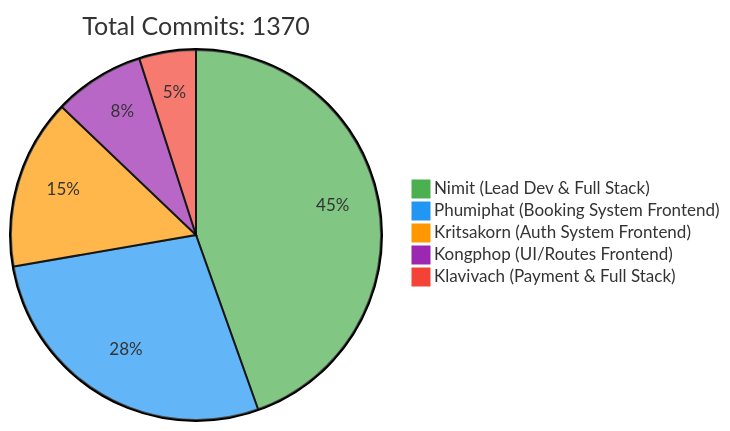
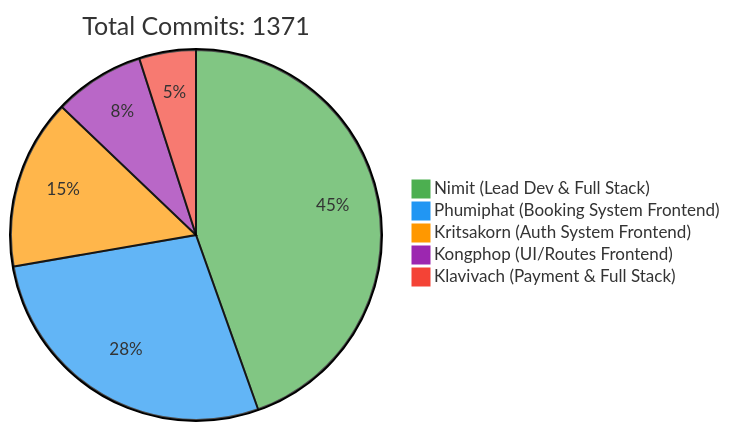
Before and after one commit to 6531503042/Sport-Complex: the first of 2 diagrams in README.md, drawn with Mermaid. The commit also changed other lines of this file, not shown here.

Commit message:
docs: Update contributor statistics [skip ci]

````diff
--- a/README.md
+++ b/README.md
@@ -257,10 +257,10 @@
 ```mermaid
 %%{init: {'theme': 'base', 'themeVariables': { 'pie1': '#4CAF50', 'pie2': '#2196F3', 'pie3': '#FF9800', 'pie4': '#9C27B0', 'pie5': '#F44336'}}}%%
 pie
-    title Total Commits: 1370
+    title Total Commits: 1371
     "Nimit (Lead Dev & Full Stack)" : 450
     "Phumiphat (Booking System Frontend)" : 280
     "Kritsakorn (Auth System Frontend)" : 150
     "Kongphop (UI/Routes Frontend)" : 80
     "Klavivach (Payment & Full Stack)" : 50
 ```
````
